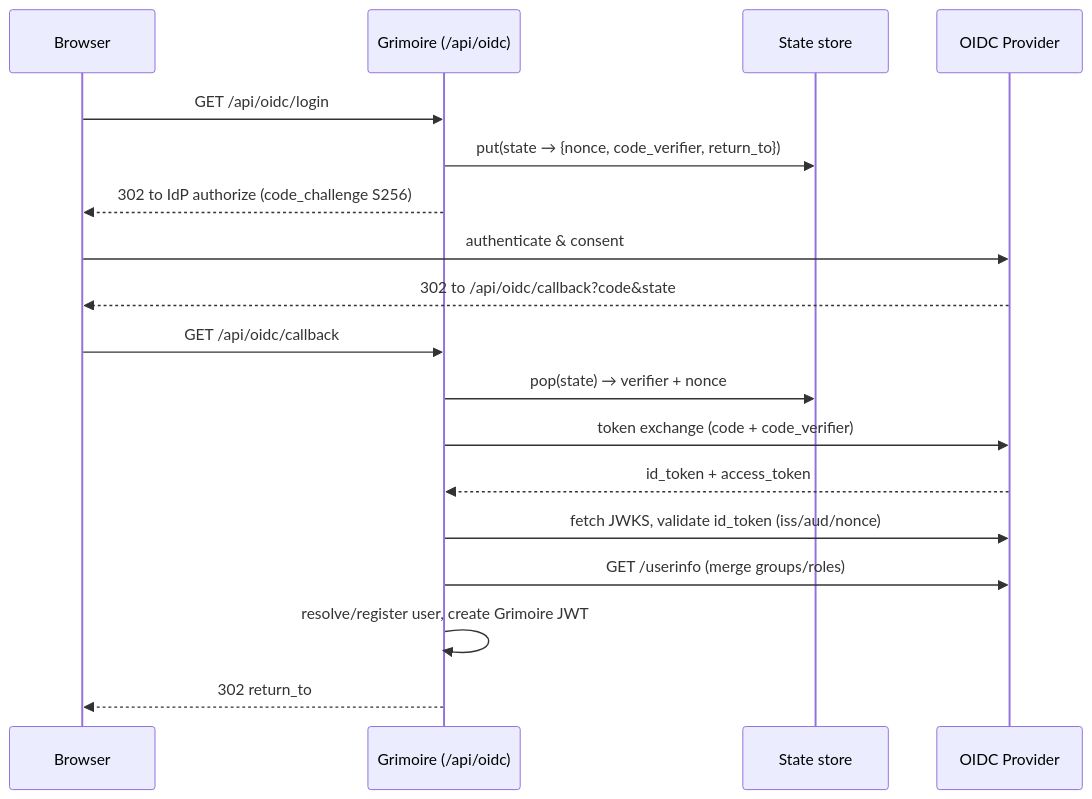
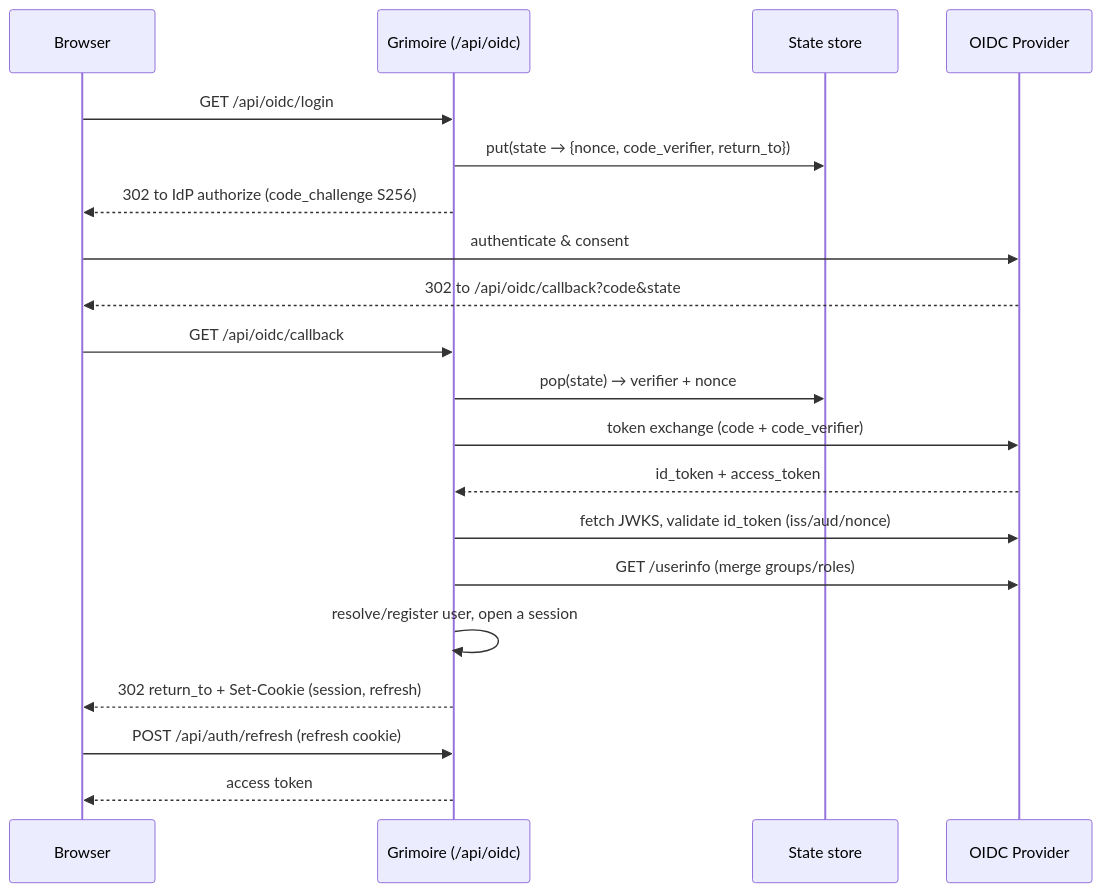
One commit to hunter-read/grimoire changed the second of 2 diagrams in docs/architecture.md. Above: the diagram before and after it, drawn with Mermaid. The commit also changed other lines of this file and 106 other files, not shown here.

````diff
--- a/docs/architecture.md
+++ b/docs/architecture.md
@@ -252,21 +252,23 @@
 ```mermaid
 sequenceDiagram
     participant B as Browser
     participant G as Grimoire (/api/oidc)
     participant S as State store
     participant IdP as OIDC Provider
 
     B->>G: GET /api/oidc/login
     G->>S: put(state → {nonce, code_verifier, return_to})
     G-->>B: 302 to IdP authorize (code_challenge S256)
     B->>IdP: authenticate & consent
     IdP-->>B: 302 to /api/oidc/callback?code&state
     B->>G: GET /api/oidc/callback
     G->>S: pop(state) → verifier + nonce
     G->>IdP: token exchange (code + code_verifier)
     IdP-->>G: id_token + access_token
     G->>IdP: fetch JWKS, validate id_token (iss/aud/nonce)
     G->>IdP: GET /userinfo (merge groups/roles)
-    G->>G: resolve/register user, create Grimoire JWT
-    G-->>B: 302 return_to#oidc_token=<JWT>
+    G->>G: resolve/register user, open a session
+    G-->>B: 302 return_to + Set-Cookie (session, refresh)
+    B->>G: POST /api/auth/refresh (refresh cookie)
+    G-->>B: access token
 ```
````
